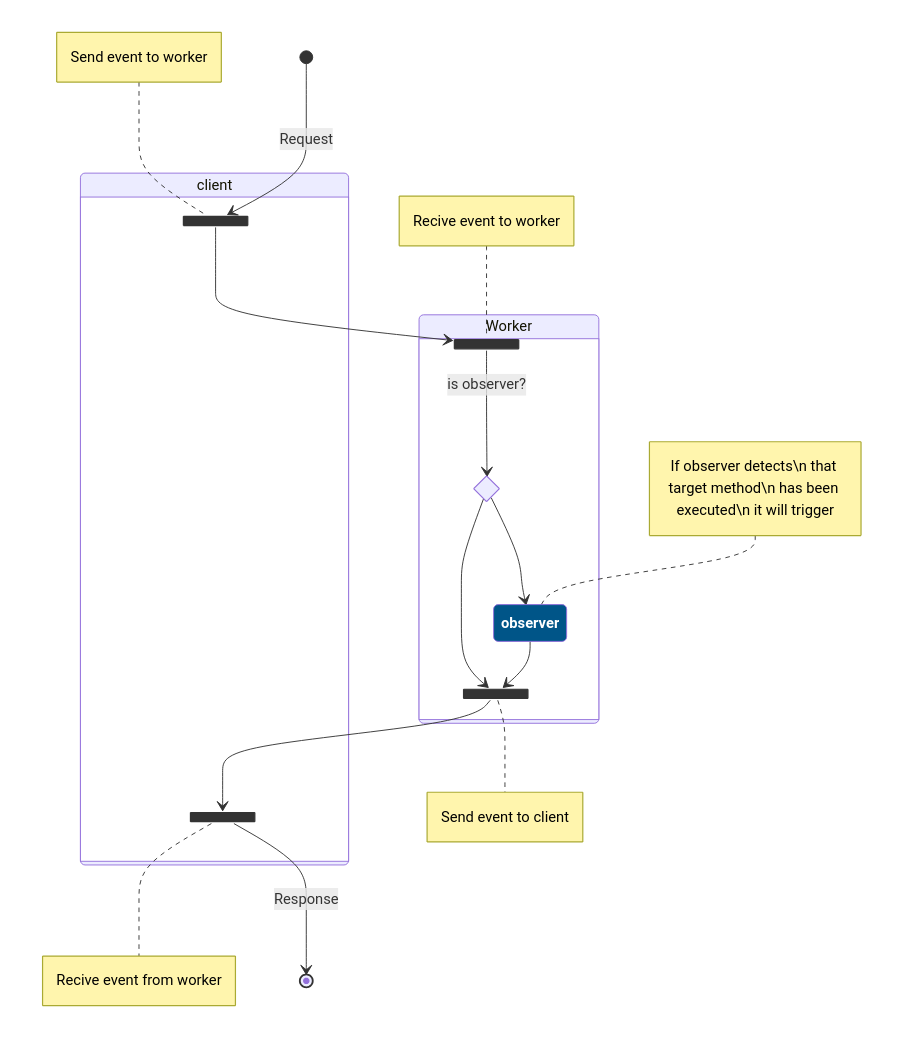
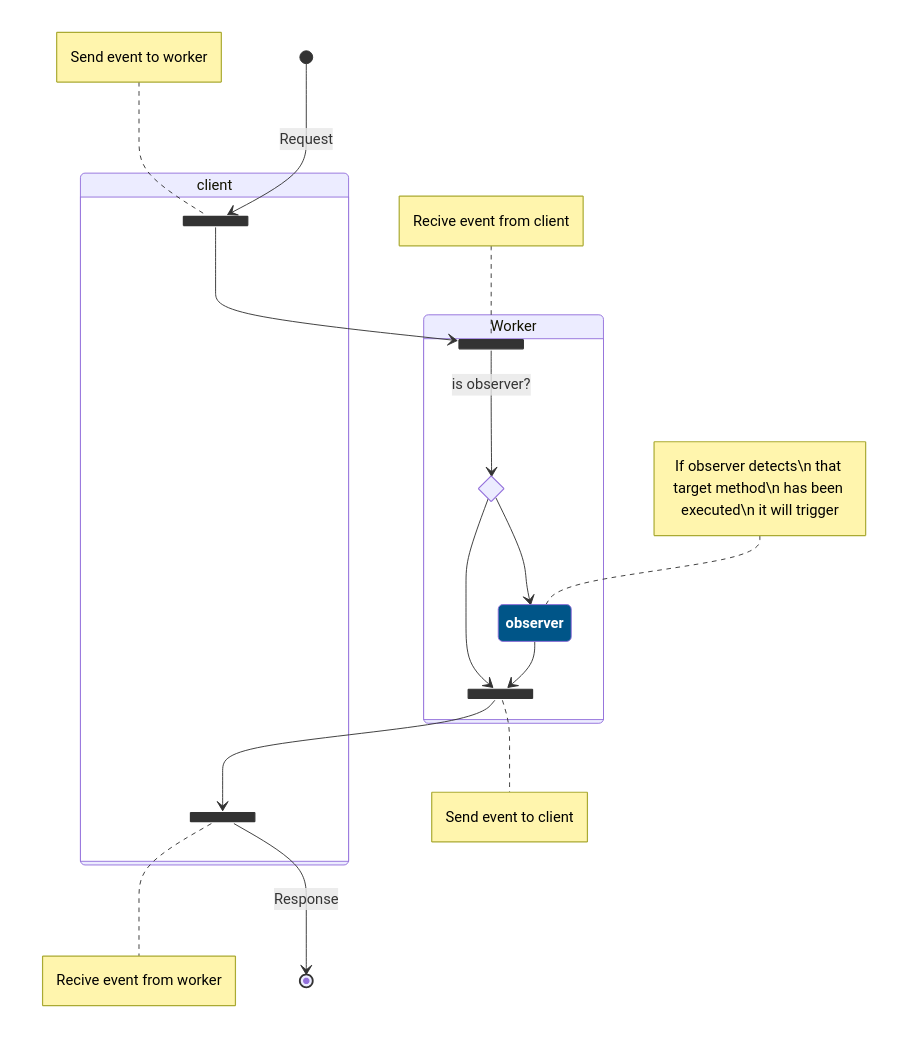
One commit to RubenPX/Tiny-EDA-WebWorker changed the diagram in readme.md. Above: the diagram before and after it, drawn with Mermaid.

Commit message:
Update diagram

````diff
--- a/readme.md
+++ b/readme.md
@@ -34,44 +34,44 @@
 ```mermaid
 stateDiagram-v2
     state client_start <<fork>>
     note left of client_start : Send event to worker
 
     state worker_start <<join>>
-    note left of worker_start : Recive event to worker
+    note left of worker_start : Recive event from client
 
     state worker_end <<join>>
     note right of worker_end : Send event to client
 
     state client_end <<fork>>
     note right of client_end : Recive event from worker
     
     %% Request flow
 
     [*] --> client_start: Request 
     
     state client {
         client_start --> worker_start
     }
 
     state is_observer <<choice>>
 
     state Worker {
         worker_start --> is_observer: is observer?
         is_observer --> worker_end
 
         is_observer --> observer
         observer --> worker_end
         note left of observer : If observer detects\n that target method\n has been executed\n it will trigger
 
         worker_end --> client_end
     }
 
     state client {
         client_end
     }
 
     client_end --> [*]: Response
 
 class observer badBadEvent
 classDef badBadEvent fill:#058,color:white,font-weight:bold
 ```
````
